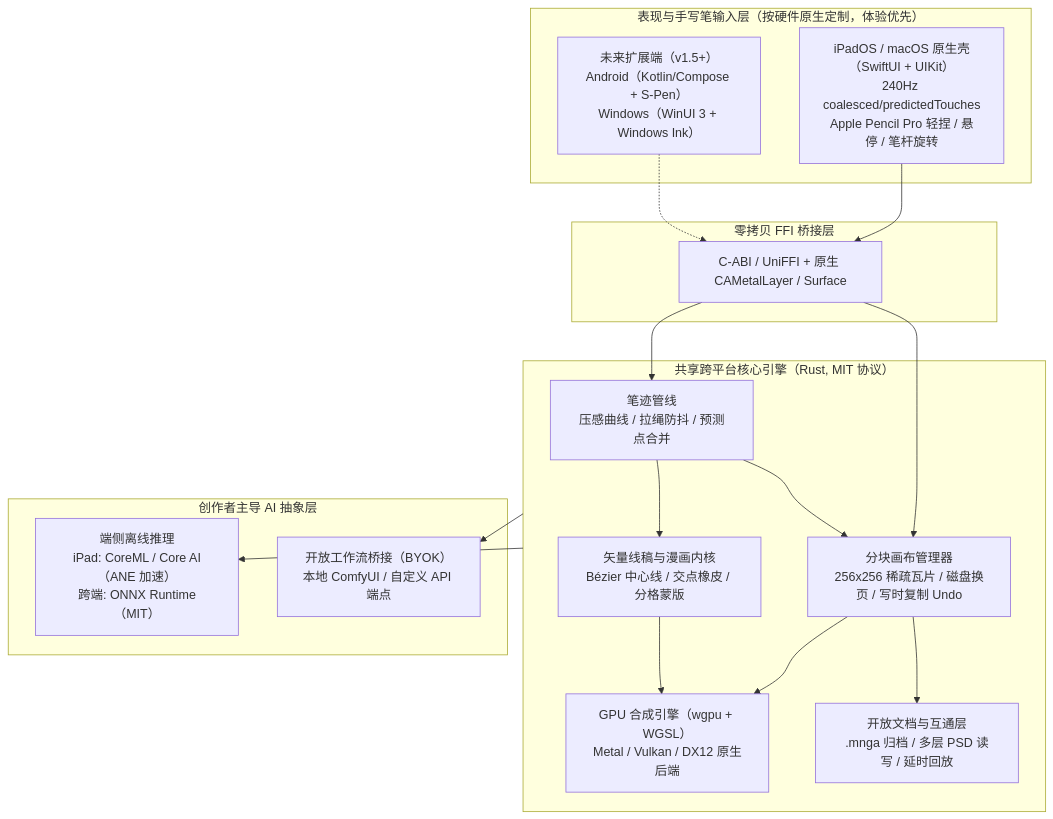
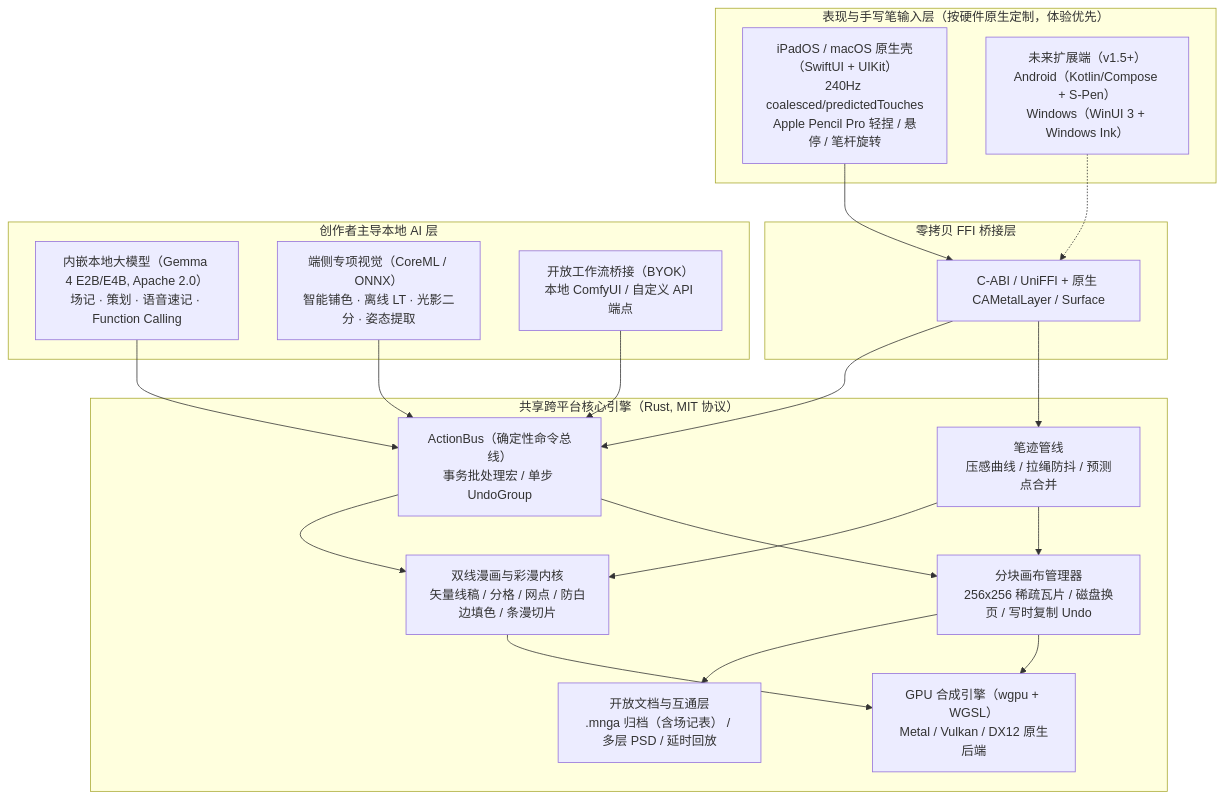
Before and after one commit to 70sDushuren/About-Paint-Tools: the diagram in README.zh-CN.md, drawn with Mermaid. The commit also changed other lines of this file and 15 other files, not shown here.

First line of the commit message:
docs: add dual-track priority, embedded Gemma 4 local AI spec, and WBS task breakdown

````diff
--- a/README.zh-CN.md
+++ b/README.zh-CN.md
@@ -33,36 +33,41 @@
 ```mermaid
 flowchart TD
     subgraph UI["表现与手写笔输入层（按硬件原生定制，体验优先）"]
         iPad["iPadOS / macOS 原生壳（SwiftUI + UIKit）<br/>240Hz coalesced/predictedTouches<br/>Apple Pencil Pro 轻捏 / 悬停 / 笔杆旋转"]
         Future["未来扩展端（v1.5+）<br/>Android（Kotlin/Compose + S-Pen）<br/>Windows（WinUI 3 + Windows Ink）"]
     end
 
     subgraph Bridge["零拷贝 FFI 桥接层"]
         FFI["C-ABI / UniFFI + 原生 CAMetalLayer / Surface"]
     end
 
     subgraph Core["共享跨平台核心引擎（Rust, MIT 协议）"]
+        Bus["ActionBus（确定性命令总线）<br/>事务批处理宏 / 单步 UndoGroup"]
         Input["笔迹管线<br/>压感曲线 / 拉绳防抖 / 预测点合并"]
         Canvas["分块画布管理器<br/>256x256 稀疏瓦片 / 磁盘换页 / 写时复制 Undo"]
-        Vector["矢量线稿与漫画内核<br/>Bézier 中心线 / 交点橡皮 / 分格蒙版"]
+        Vector["双线漫画与彩漫内核<br/>矢量线稿 / 分格 / 网点 / 防白边填色 / 条漫切片"]
         Render["GPU 合成引擎（wgpu + WGSL）<br/>Metal / Vulkan / DX12 原生后端"]
-        IO["开放文档与互通层<br/>.mnga 归档 / 多层 PSD 读写 / 延时回放"]
+        IO["开放文档与互通层<br/>.mnga 归档（含场记表） / 多层 PSD / 延时回放"]
     end
 
-    subgraph AI["创作者主导 AI 抽象层"]
-        LocalAI["端侧离线推理<br/>iPad: CoreML / Core AI（ANE 加速）<br/>跨端: ONNX Runtime（MIT）"]
+    subgraph AI["创作者主导本地 AI 层"]
+        Gemma["内嵌本地大模型（Gemma 4 E2B/E4B, Apache 2.0）<br/>场记 · 策划 · 语音速记 · Function Calling"]
+        Vision["端侧专项视觉（CoreML / ONNX）<br/>智能铺色 · 离线 LT · 光影二分 · 姿态提取"]
         BridgeAI["开放工作流桥接（BYOK）<br/>本地 ComfyUI / 自定义 API 端点"]
     end
 
     iPad --> FFI
     Future -.-> FFI
     FFI --> Input
-    FFI --> Canvas
+    FFI --> Bus
+    Gemma --> Bus
+    Vision --> Bus
+    BridgeAI --> Bus
+    Bus --> Canvas
+    Bus --> Vector
     Input --> Canvas
     Input --> Vector
     Canvas --> Render
     Vector --> Render
     Canvas --> IO
-    Core --> LocalAI
-    Core --> BridgeAI
 ```
````
